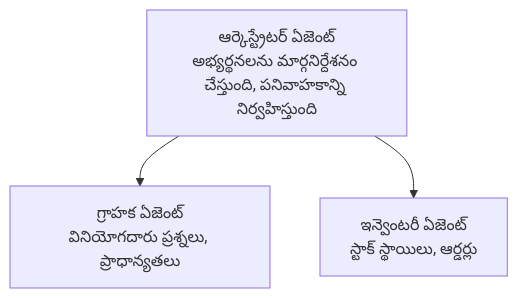
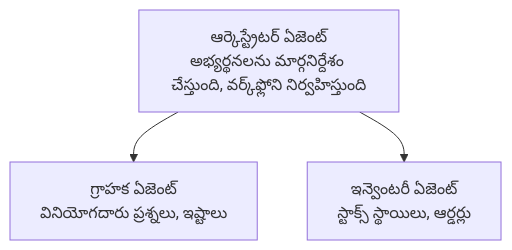
One commit to microsoft/AZD-for-beginners changed the diagram in translations/te/docs/chapter-05-multi-agent/README.md. Above: the diagram before and after it, drawn with Mermaid. The commit also changed other lines of this file and 104 other files, not shown here.

````diff
--- a/translations/te/docs/chapter-05-multi-agent/README.md
+++ b/translations/te/docs/chapter-05-multi-agent/README.md
@@ -52,5 +54,5 @@
 ```mermaid
 graph TD
-    Orchestrator[ఆర్కెస్ట్రేటర్ ఏజెంట్<br/>అభ్యర్థనలను మార్గనిర్దేశనం చేస్తుంది, పనివాహకాన్ని నిర్వహిస్తుంది] --> Customer[గ్రాహక ఏజెంట్<br/>వినియోగదారు ప్రశ్నలు, ప్రాధాన్యతలు]
-    Orchestrator --> Inventory[ఇన్వెంటరీ ఏజెంట్<br/>స్టాక్ స్థాయిలు, ఆర్డర్లు]
+    Orchestrator[ఆర్కెస్ట్రేటర్ ఏజెంట్<br/>అభ్యర్థనలను మార్గనిర్దేశం చేస్తుంది, వర్క్‌ఫ్లోని నిర్వహిస్తుంది] --> Customer[గ్రాహక ఏజెంట్<br/>వినియోగదారు ప్రశ్నలు, ఇష్టాలు]
+    Orchestrator --> Inventory[ఇన్వెంటరీ ఏజెంట్<br/>స్టాక్స్ స్థాయిలు, ఆర్డర్లు]
 ```
````
